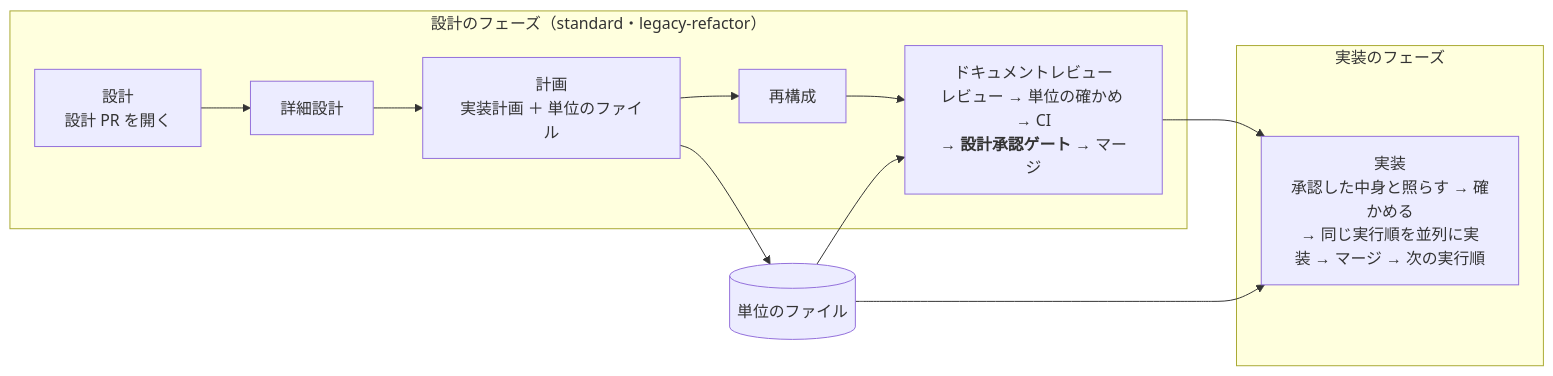
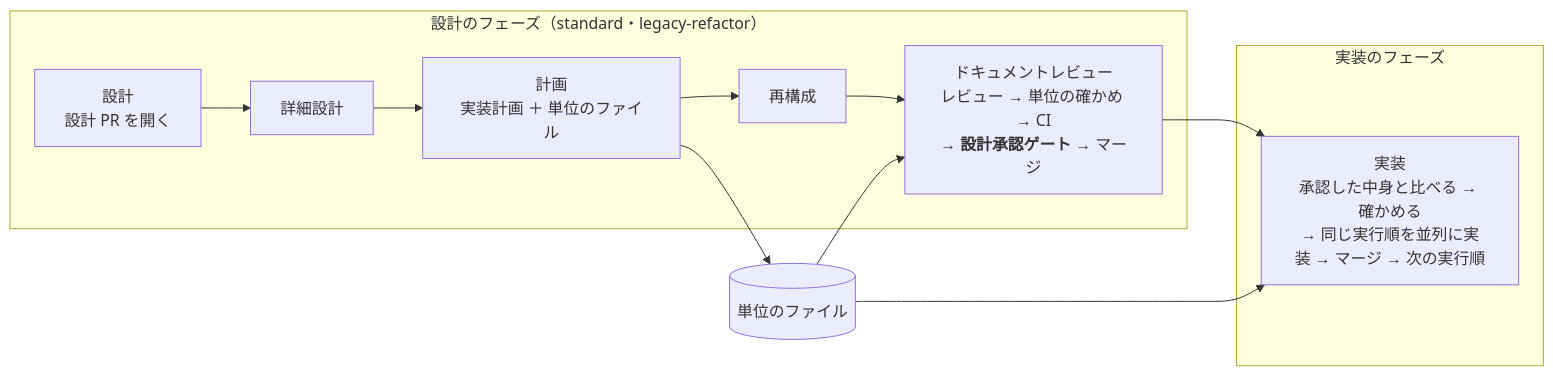
Before and after one commit to devbasex/ai-plugins: the second of 4 diagrams in issues/issue-3702-design.md, drawn with Mermaid. The commit also changed other lines of this file, not shown here.

````diff
--- a/issues/issue-3702-design.md
+++ b/issues/issue-3702-design.md
@@ -41,14 +49,14 @@
 ```mermaid
 flowchart LR
   subgraph D["設計のフェーズ（standard・legacy-refactor）"]
     S["設計<br/>設計 PR を開く"] --> DD[詳細設計] --> P["計画<br/>実装計画 ＋ 単位のファイル"] --> RB[再構成] --> DR["ドキュメントレビュー<br/>レビュー → 単位の確かめ → CI<br/>→ <b>設計承認ゲート</b> → マージ"]
   end
   F[("単位のファイル")]
   subgraph I["実装のフェーズ"]
-    IM["実装<br/>承認した中身と照らす → 確かめる<br/>→ 同じ実行順を並列に実装 → マージ → 次の実行順"]
+    IM["実装<br/>承認した中身と比べる → 確かめる<br/>→ 同じ実行順を並列に実装 → マージ → 次の実行順"]
   end
   P --> F
   F --> DR
   F --> IM
   DR --> IM
 ```
````
